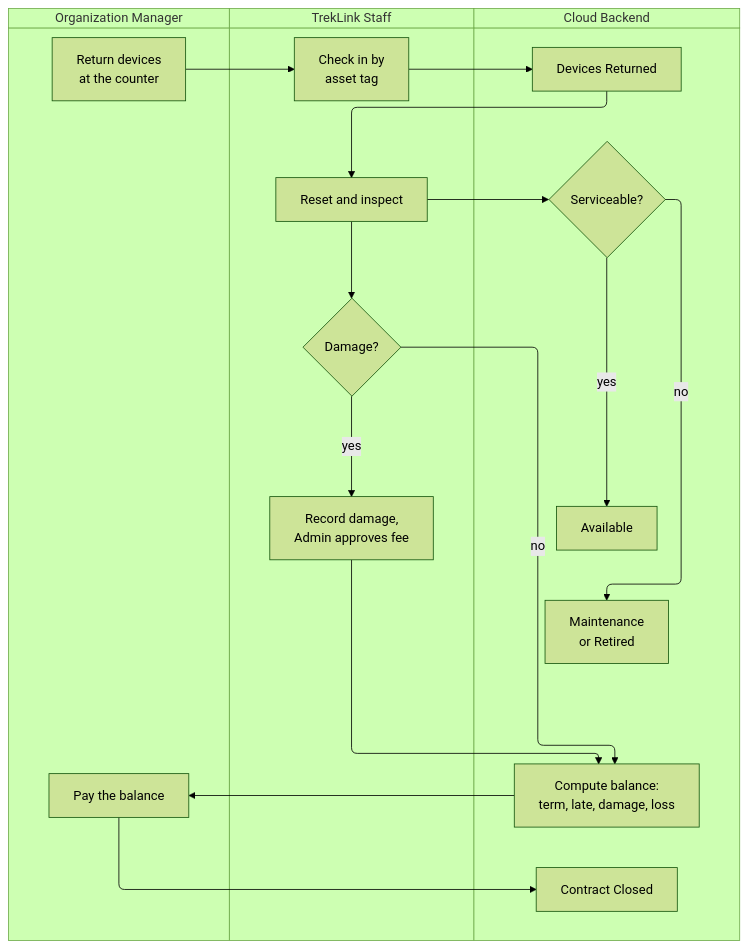
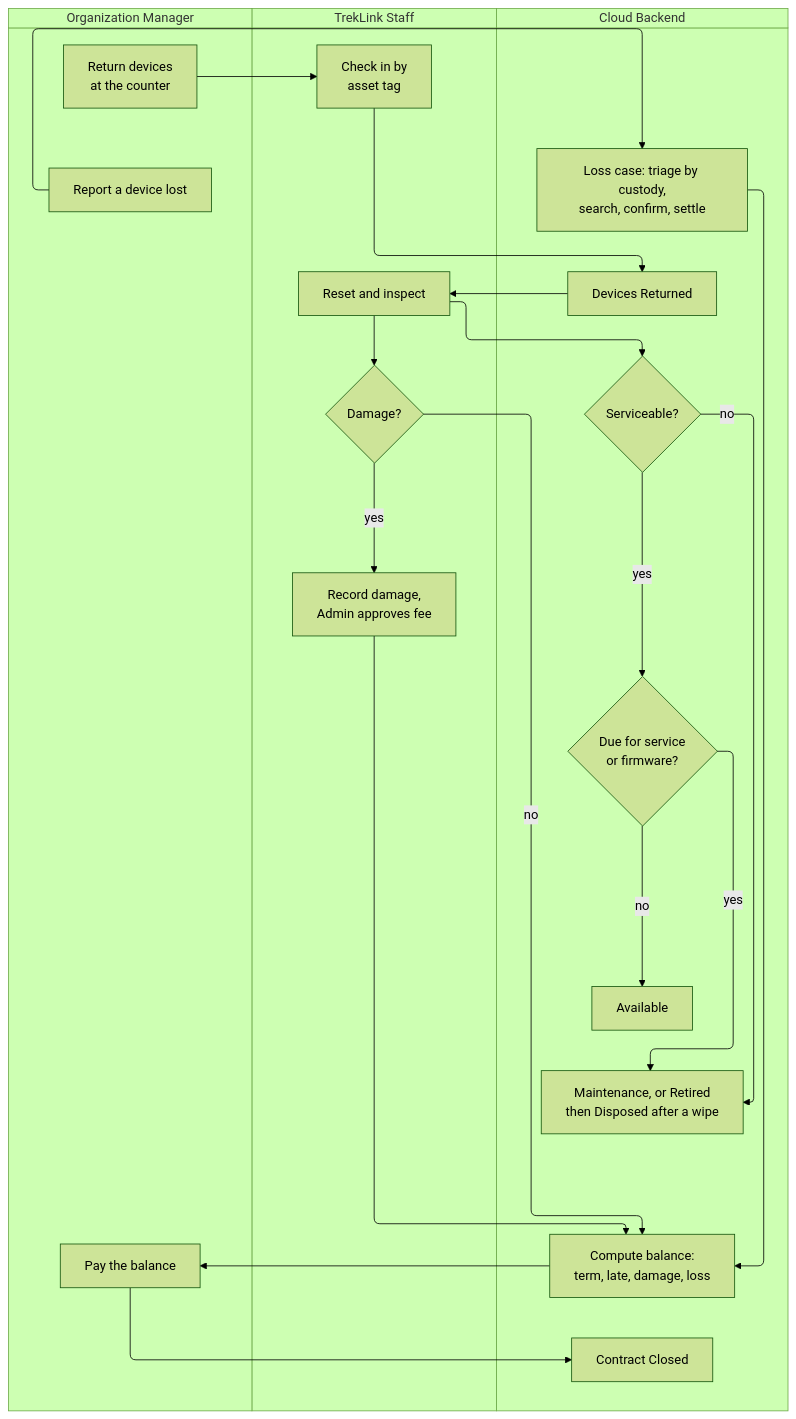
The fifth of 5 diagrams in _docs/00-project-context/05-main-flows.md (TrekLink-Team/treklink-docs), drawn with Mermaid (forest theme) before and after one commit. The commit also changed other lines of this file and 3 other files, not shown here.

First line of the commit message:
docs: fix the defects the core flow study found

````diff
--- a/_docs/00-project-context/05-main-flows.md
+++ b/_docs/00-project-context/05-main-flows.md
@@ -339,28 +339,34 @@
 ```mermaid
 swimlane-beta TB
     subgraph manager["Organization Manager"]
         m1[Return devices<br/>at the counter]
         m2[Pay the balance]
+        m3[Report a device lost]
     end
     subgraph staff["TrekLink Staff"]
         t1[Check in by<br/>asset tag]
         t2[Reset and inspect]
         t3{Damage?}
         t4[Record damage,<br/>Admin approves fee]
     end
     subgraph backend["Cloud Backend"]
         s1[Devices Returned]
         s2[Compute balance:<br/>term, late, damage, loss]
         s3{Serviceable?}
+        s3b{Due for service<br/>or firmware?}
         s4[Available]
-        s5[Maintenance<br/>or Retired]
+        s5[Maintenance, or Retired<br/>then Disposed after a wipe]
         s6[Contract Closed]
+        s7[Loss case: triage by custody,<br/>search, confirm, settle]
     end
     m1 --> t1 --> s1 --> t2 --> t3
     t3 -->|yes| t4 --> s2
     t3 -->|no| s2
     s2 --> m2 --> s6
     t2 --> s3
-    s3 -->|yes| s4
+    s3 -->|yes| s3b
+    s3b -->|no| s4
+    s3b -->|yes| s5
     s3 -->|no| s5
+    m3 --> s7 --> s2
 ```
````
